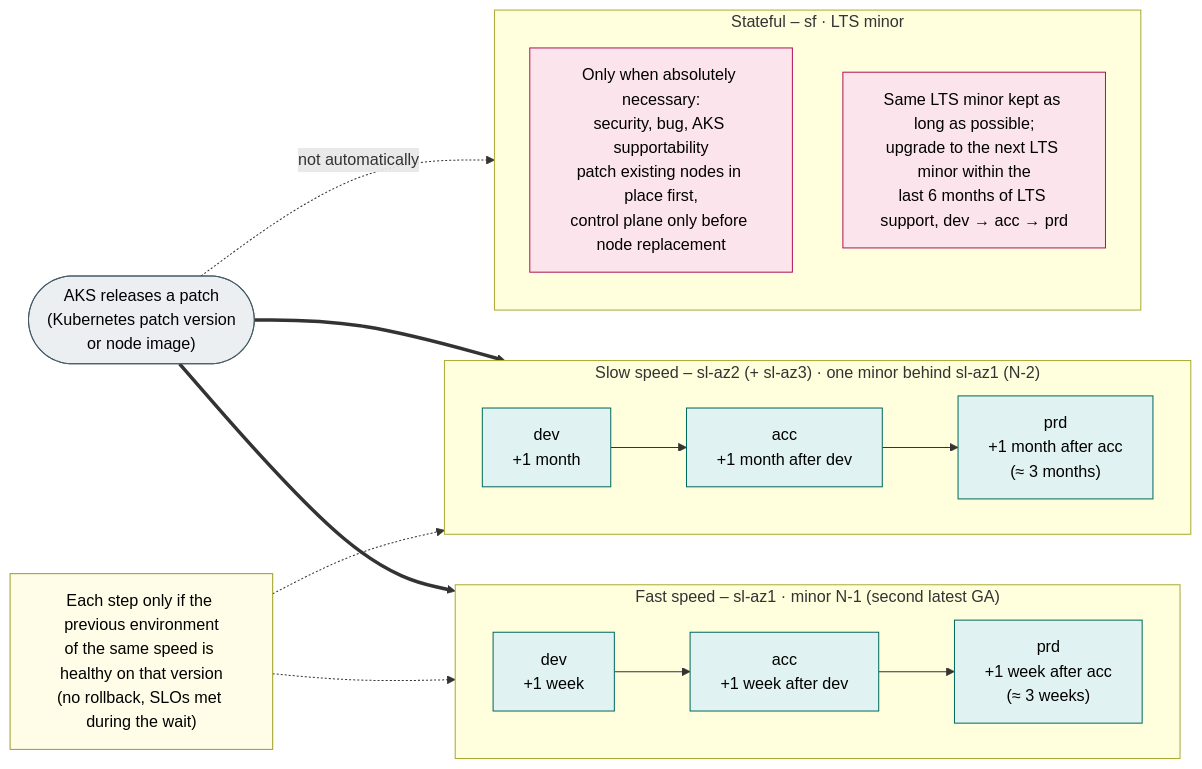
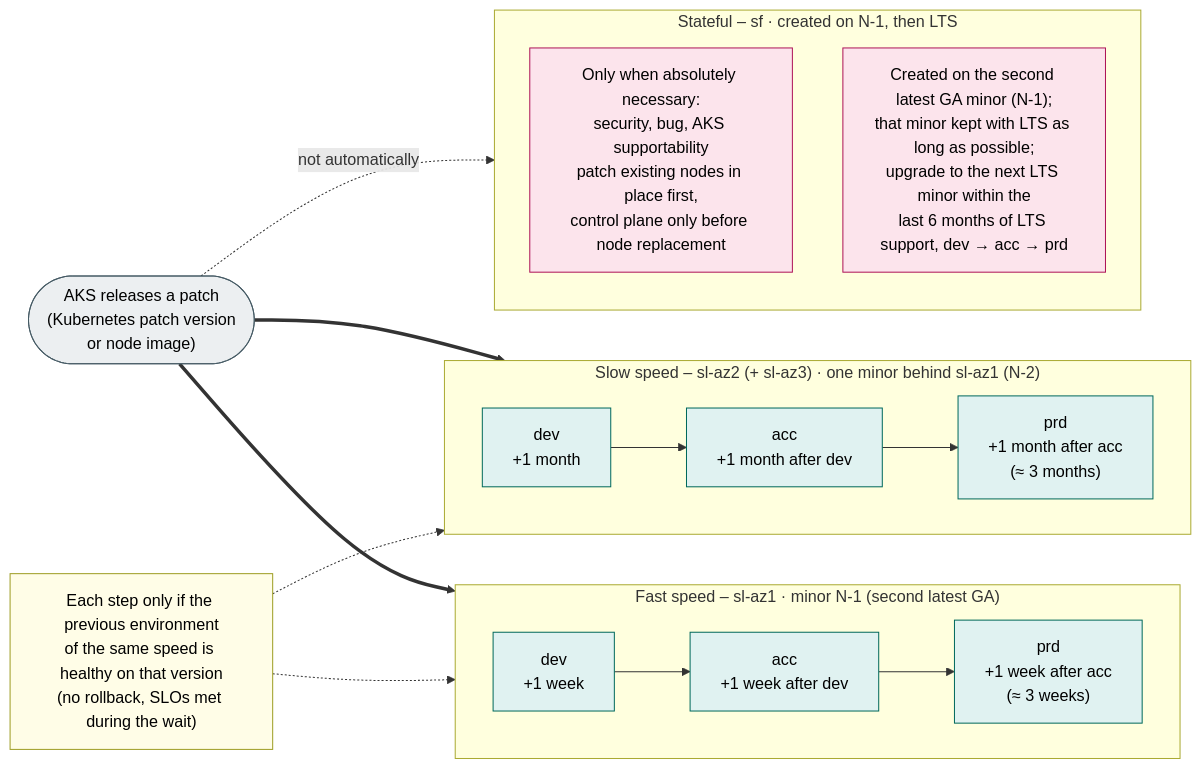
One commit to olljanat-ai/aks-design changed the diagram in diagrams/14-update-policy.mmd. Above: the diagram before and after it, drawn with Mermaid. The commit also changed 9 other files, not shown here.

First line of the commit message:
Create the stateful cluster on the second latest AKS minor

```diff
--- a/diagrams/14-update-policy.mmd
+++ b/diagrams/14-update-policy.mmd
@@ -1,43 +1,43 @@
 %% Update policy: the stateless cells run at two speeds, the stateful cluster changes only when absolutely necessary.
 %% Times are counted from the day AKS releases a Kubernetes patch version or node image.
 flowchart LR
     rel(["AKS releases a patch<br/>(Kubernetes patch version<br/>or node image)"])
 
     subgraph FAST["Fast speed – sl-az1 · minor N-1 (second latest GA)"]
         direction LR
         f_dev["dev<br/>+1 week"]
         f_acc["acc<br/>+1 week after dev"]
         f_prd["prd<br/>+1 week after acc<br/>(≈ 3 weeks)"]
         f_dev --> f_acc --> f_prd
     end
 
     subgraph SLOW["Slow speed – sl-az2 (+ sl-az3) · one minor behind sl-az1 (N-2)"]
         direction LR
         s_dev["dev<br/>+1 month"]
         s_acc["acc<br/>+1 month after dev"]
         s_prd["prd<br/>+1 month after acc<br/>(≈ 3 months)"]
         s_dev --> s_acc --> s_prd
     end
 
-    subgraph SF["Stateful – sf · LTS minor"]
+    subgraph SF["Stateful – sf · created on N-1, then LTS"]
         direction TB
         sf_rule["Only when absolutely necessary:<br/>security, bug, AKS supportability<br/>patch existing nodes in place first,<br/>control plane only before node replacement"]
-        sf_lts["Same LTS minor kept as long as possible;<br/>upgrade to the next LTS minor within the<br/>last 6 months of LTS support, dev → acc → prd"]
+        sf_lts["Created on the second latest GA minor (N-1);<br/>that minor kept with LTS as long as possible;<br/>upgrade to the next LTS minor within the<br/>last 6 months of LTS support, dev → acc → prd"]
     end
 
     rel ==> f_dev
     rel ==> s_dev
     rel -.->|"not automatically"| SF
 
     gate["Each step only if the previous environment<br/>of the same speed is healthy on that version<br/>(no rollback, SLOs met during the wait)"]
     gate -.-> FAST
     gate -.-> SLOW
 
     classDef sl fill:#e0f2f1,stroke:#00695c,color:#000
     classDef sf fill:#fce4ec,stroke:#ad1457,color:#000
     classDef note fill:#fffde7,stroke:#9e9d24,color:#000
     classDef cp fill:#eceff1,stroke:#455a64,color:#000
     class f_dev,f_acc,f_prd,s_dev,s_acc,s_prd sl
     class sf_rule,sf_lts sf
     class gate note
     class rel cp
```
